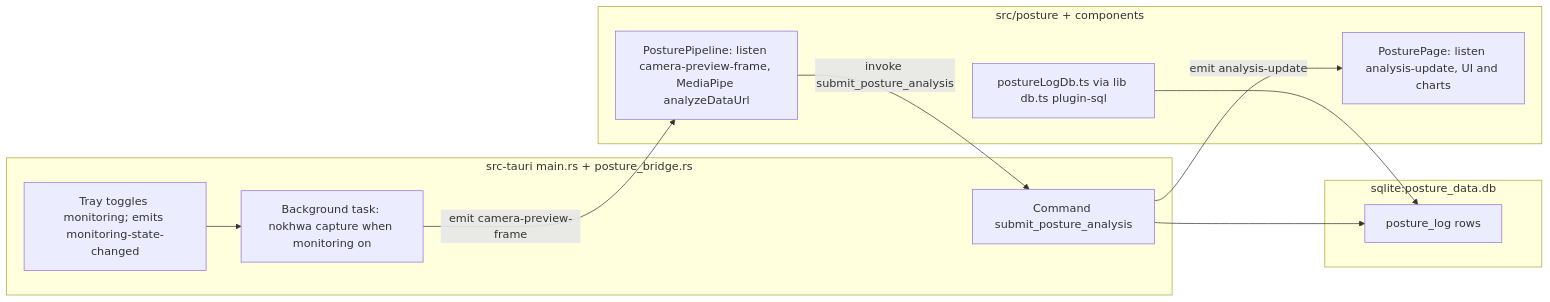
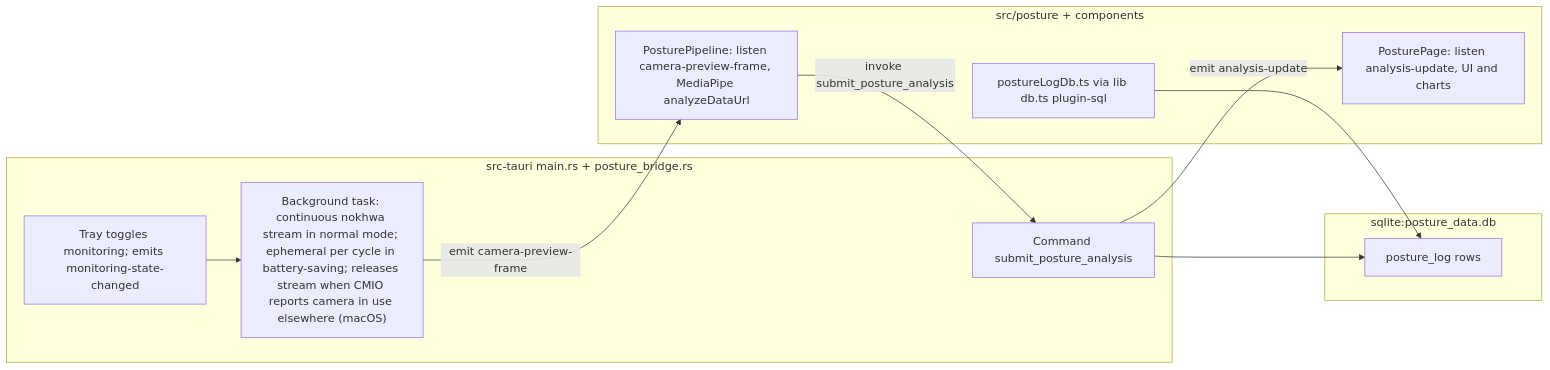
The third of 3 diagrams in docs/ARCHITECTURE.md (jdserenity/management), drawn with Mermaid before and after one commit. The commit also changed other lines of this file and 9 other files, not shown here.

````diff
--- a/docs/ARCHITECTURE.md
+++ b/docs/ARCHITECTURE.md
@@ -96,22 +96,22 @@
 ```mermaid
 flowchart LR
   subgraph rust["src-tauri main.rs + posture_bridge.rs"]
-    caploop["Background task: nokhwa capture when monitoring on"]
+    caploop["Background task: continuous nokhwa stream in normal mode; ephemeral per cycle in battery-saving; releases stream when CMIO reports camera in use elsewhere (macOS)"]
     cmd["Command submit_posture_analysis"]
     tray["Tray toggles monitoring; emits monitoring-state-changed"]
   end
   subgraph ts["src/posture + components"]
     pipe["PosturePipeline: listen camera-preview-frame, MediaPipe analyzeDataUrl"]
     page["PosturePage: listen analysis-update, UI and charts"]
     dbread["postureLogDb.ts via lib db.ts plugin-sql"]
   end
   subgraph store["sqlite:posture_data.db"]
     logt["posture_log rows"]
   end
   caploop -->|"emit camera-preview-frame"| pipe
   pipe -->|"invoke submit_posture_analysis"| cmd
   cmd -->|"emit analysis-update"| page
   cmd --> logt
   dbread --> logt
   tray --> caploop
 ```
````
